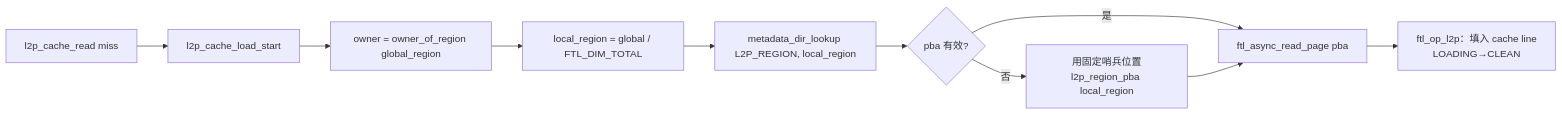
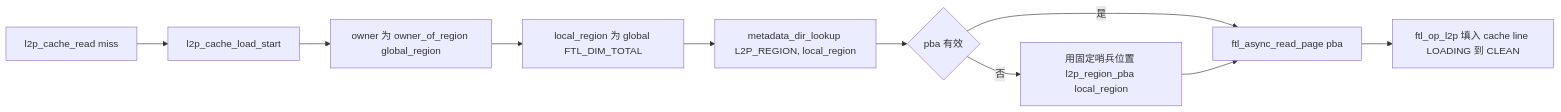
Before and after one commit to YzYMIAO/BASESSD: the sixth of 28 diagrams in docs/design/ftl_design.md, drawn with Mermaid. The commit also changed other lines of this file, not shown here.

First line of the commit message:
docs(ftl): 将 stateDiagram 全部改为 flowchart 并收敛标签字符集

````diff
--- a/docs/design/ftl_design.md
+++ b/docs/design/ftl_design.md
@@ -1206,12 +1213,12 @@
 ```mermaid
 flowchart LR
     A["l2p_cache_read miss"] --> B["l2p_cache_load_start"]
-    B --> C["owner = owner_of_region global_region"]
-    C --> D["local_region = global / FTL_DIM_TOTAL"]
+    B --> C["owner 为 owner_of_region global_region"]
+    C --> D["local_region 为 global FTL_DIM_TOTAL"]
     D --> E["metadata_dir_lookup L2P_REGION, local_region"]
-    E --> F{"pba 有效?"}
+    E --> F{"pba 有效"}
     F -- "是" --> G["ftl_async_read_page pba"]
-    F -- "否" --> H["用固定哨兵位置<br/>l2p_region_pba local_region"]
+    F -- "否" --> H["用固定哨兵位置 l2p_region_pba local_region"]
     H --> G
-    G --> I["ftl_op_l2p：填入 cache line<br/>LOADING→CLEAN"]
+    G --> I["ftl_op_l2p 填入 cache line LOADING 到 CLEAN"]
 ```
````
